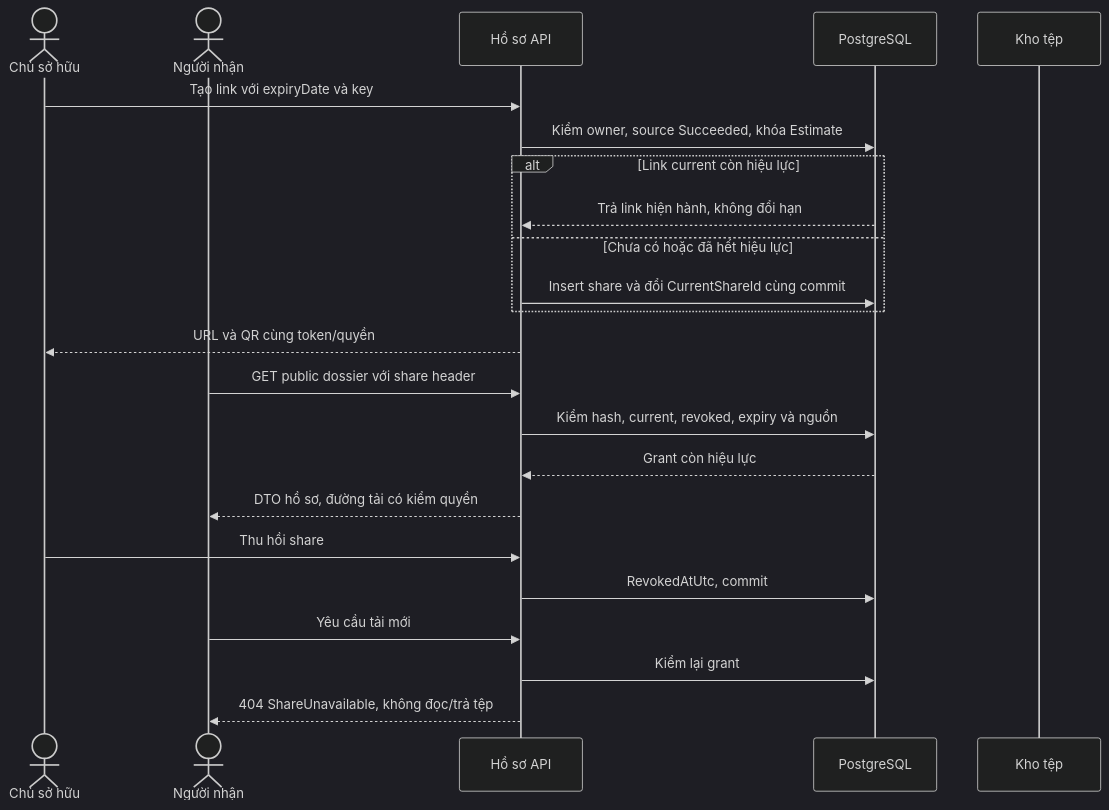
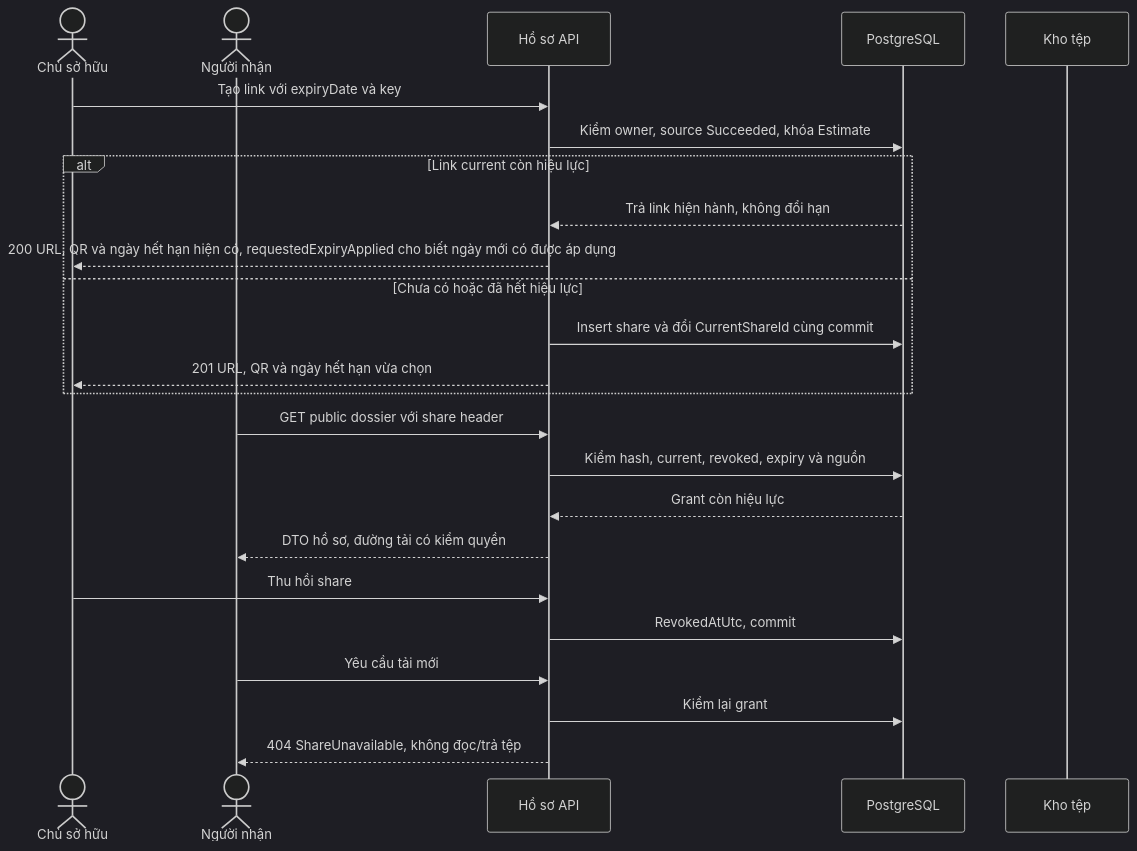
One commit to TaskCoper/bmt-documentation changed the second of 5 diagrams in tdd/TDD-PROJ-003.md. Above: the diagram before and after it, drawn with Mermaid (dark theme). The commit also changed other lines of this file and 19 other files, not shown here.

````diff
--- a/tdd/TDD-PROJ-003.md
+++ b/tdd/TDD-PROJ-003.md
@@ -126,25 +134,26 @@
 ```mermaid
 sequenceDiagram
     actor O as Chủ sở hữu
     actor V as Người nhận
     participant API as Hồ sơ API
     participant DB as PostgreSQL
     participant S as Kho tệp
     O->>API: Tạo link với expiryDate và key
     API->>DB: Kiểm owner, source Succeeded, khóa Estimate
     alt Link current còn hiệu lực
       DB-->>API: Trả link hiện hành, không đổi hạn
+      API-->>O: 200 URL, QR và ngày hết hạn hiện có, requestedExpiryApplied cho biết ngày mới có được áp dụng
     else Chưa có hoặc đã hết hiệu lực
       API->>DB: Insert share và đổi CurrentShareId cùng commit
+      API-->>O: 201 URL, QR và ngày hết hạn vừa chọn
     end
-    API-->>O: URL và QR cùng token/quyền
     V->>API: GET public dossier với share header
     API->>DB: Kiểm hash, current, revoked, expiry và nguồn
     DB-->>API: Grant còn hiệu lực
     API-->>V: DTO hồ sơ, đường tải có kiểm quyền
     O->>API: Thu hồi share
     API->>DB: RevokedAtUtc, commit
     V->>API: Yêu cầu tải mới
     API->>DB: Kiểm lại grant
     API-->>V: 404 ShareUnavailable, không đọc/trả tệp
 ```
````
